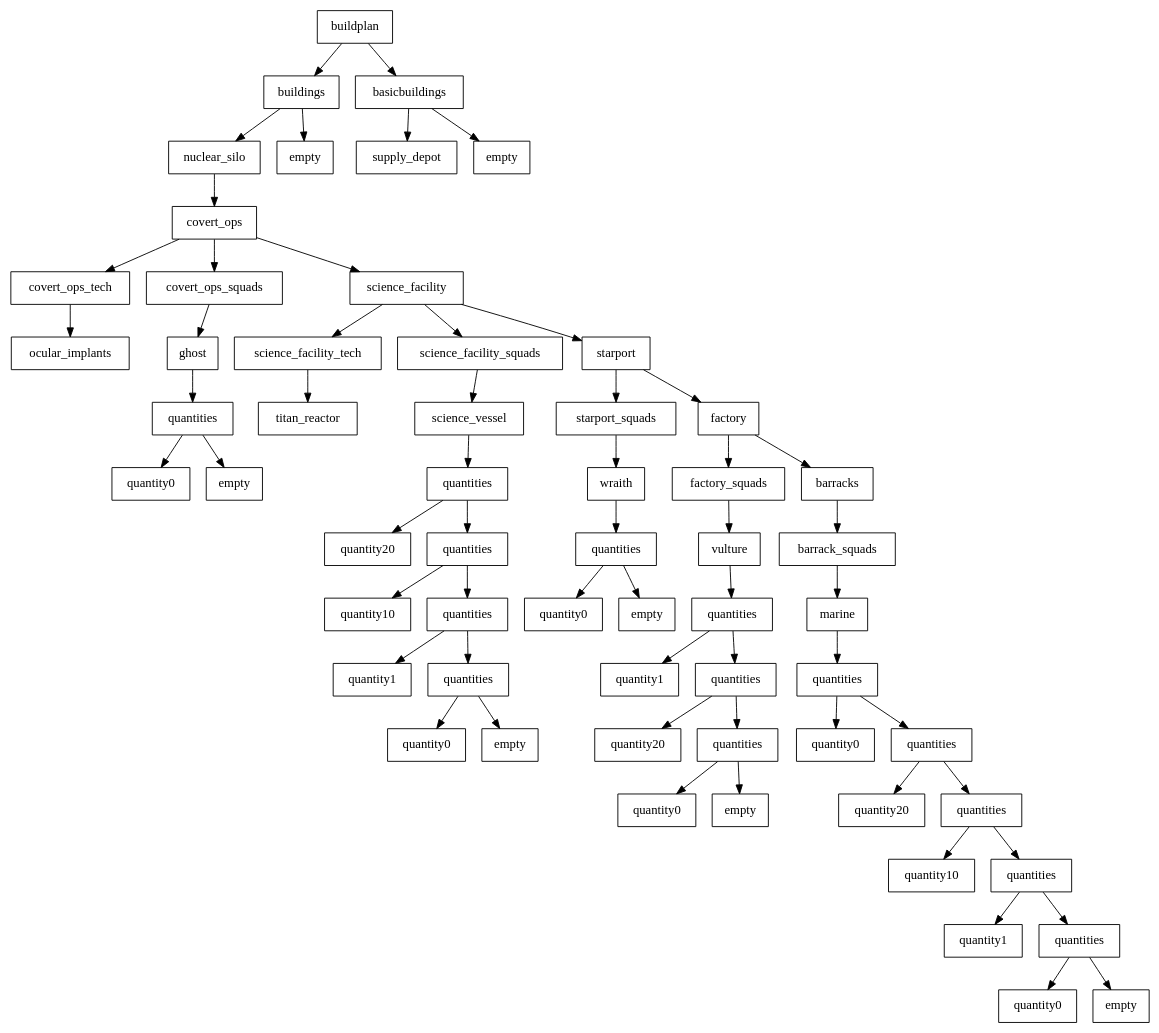
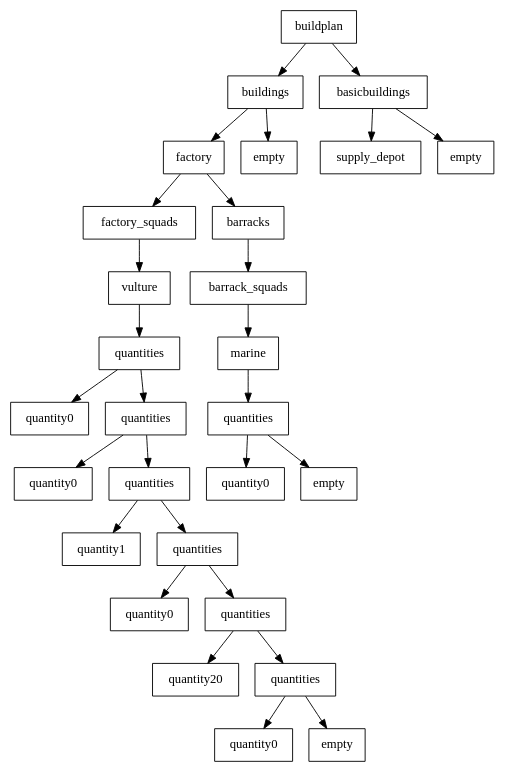
Before and after one commit to cryogenic-dreams/StarCraft-GPBot: the diagram in GPBot/file0.dot, drawn with Graphviz. The commit also changed 7 other files, not shown here.

```diff
--- a/GPBot/file0.dot
+++ b/GPBot/file0.dot
@@ -1,121 +1,59 @@
 digraph g {
 graph [ordering=out];
 node [shape=rectangle];
 n[label = "buildplan"];
 n0[label = "buildings"];
-n00[label = "nuclear_silo"];
-n000[label = "covert_ops"];
-n0000[label = "covert_ops_tech"];
-n00000[label = "ocular_implants"];
+n00[label = "factory"];
+n000[label = "factory_squads"];
+n0000[label = "vulture"];
+n00000[label = "quantities"];
+n000000[label = "quantity0"];
+n00000 -> n000000;
+n000001[label = "quantities"];
+n0000010[label = "quantity0"];
+n000001 -> n0000010;
+n0000011[label = "quantities"];
+n00000110[label = "quantity1"];
+n0000011 -> n00000110;
+n00000111[label = "quantities"];
+n000001110[label = "quantity0"];
+n00000111 -> n000001110;
+n000001111[label = "quantities"];
+n0000011110[label = "quantity20"];
+n000001111 -> n0000011110;
+n0000011111[label = "quantities"];
+n00000111110[label = "quantity0"];
+n0000011111 -> n00000111110;
+n00000111111[label = "empty"];
+n0000011111 -> n00000111111;
+n000001111 -> n0000011111;
+n00000111 -> n000001111;
+n0000011 -> n00000111;
+n000001 -> n0000011;
+n00000 -> n000001;
 n0000 -> n00000;
 n000 -> n0000;
-n0001[label = "covert_ops_squads"];
-n00010[label = "ghost"];
-n000100[label = "quantities"];
-n0001000[label = "quantity0"];
-n000100 -> n0001000;
-n0001001[label = "empty"];
-n000100 -> n0001001;
-n00010 -> n000100;
-n0001 -> n00010;
-n000 -> n0001;
-n0002[label = "science_facility"];
-n00020[label = "science_facility_tech"];
-n000200[label = "titan_reactor"];
-n00020 -> n000200;
-n0002 -> n00020;
-n00021[label = "science_facility_squads"];
-n000210[label = "science_vessel"];
-n0002100[label = "quantities"];
-n00021000[label = "quantity20"];
-n0002100 -> n00021000;
-n00021001[label = "quantities"];
-n000210010[label = "quantity10"];
-n00021001 -> n000210010;
-n000210011[label = "quantities"];
-n0002100110[label = "quantity1"];
-n000210011 -> n0002100110;
-n0002100111[label = "quantities"];
-n00021001110[label = "quantity0"];
-n0002100111 -> n00021001110;
-n00021001111[label = "empty"];
-n0002100111 -> n00021001111;
-n000210011 -> n0002100111;
-n00021001 -> n000210011;
-n0002100 -> n00021001;
-n000210 -> n0002100;
-n00021 -> n000210;
-n0002 -> n00021;
-n00022[label = "starport"];
-n000220[label = "starport_squads"];
-n0002200[label = "wraith"];
-n00022000[label = "quantities"];
-n000220000[label = "quantity0"];
-n00022000 -> n000220000;
-n000220001[label = "empty"];
-n00022000 -> n000220001;
-n0002200 -> n00022000;
-n000220 -> n0002200;
-n00022 -> n000220;
-n000221[label = "factory"];
-n0002210[label = "factory_squads"];
-n00022100[label = "vulture"];
-n000221000[label = "quantities"];
-n0002210000[label = "quantity1"];
-n000221000 -> n0002210000;
-n0002210001[label = "quantities"];
-n00022100010[label = "quantity20"];
-n0002210001 -> n00022100010;
-n00022100011[label = "quantities"];
-n000221000110[label = "quantity0"];
-n00022100011 -> n000221000110;
-n000221000111[label = "empty"];
-n00022100011 -> n000221000111;
-n0002210001 -> n00022100011;
-n000221000 -> n0002210001;
-n00022100 -> n000221000;
-n0002210 -> n00022100;
-n000221 -> n0002210;
-n0002211[label = "barracks"];
-n00022110[label = "barrack_squads"];
-n000221100[label = "marine"];
-n0002211000[label = "quantities"];
-n00022110000[label = "quantity0"];
-n0002211000 -> n00022110000;
-n00022110001[label = "quantities"];
-n000221100010[label = "quantity20"];
-n00022110001 -> n000221100010;
-n000221100011[label = "quantities"];
-n0002211000110[label = "quantity10"];
-n000221100011 -> n0002211000110;
-n0002211000111[label = "quantities"];
-n00022110001110[label = "quantity1"];
-n0002211000111 -> n00022110001110;
-n00022110001111[label = "quantities"];
-n000221100011110[label = "quantity0"];
-n00022110001111 -> n000221100011110;
-n000221100011111[label = "empty"];
-n00022110001111 -> n000221100011111;
-n0002211000111 -> n00022110001111;
-n000221100011 -> n0002211000111;
-n00022110001 -> n000221100011;
-n0002211000 -> n00022110001;
-n000221100 -> n0002211000;
-n00022110 -> n000221100;
-n0002211 -> n00022110;
-n000221 -> n0002211;
-n00022 -> n000221;
-n0002 -> n00022;
-n000 -> n0002;
 n00 -> n000;
+n001[label = "barracks"];
+n0010[label = "barrack_squads"];
+n00100[label = "marine"];
+n001000[label = "quantities"];
+n0010000[label = "quantity0"];
+n001000 -> n0010000;
+n0010001[label = "empty"];
+n001000 -> n0010001;
+n00100 -> n001000;
+n0010 -> n00100;
+n001 -> n0010;
+n00 -> n001;
 n0 -> n00;
 n01[label = "empty"];
 n0 -> n01;
 n -> n0;
 n1[label = "basicbuildings"];
 n10[label = "supply_depot"];
 n1 -> n10;
 n11[label = "empty"];
 n1 -> n11;
 n -> n1;
 }
```
